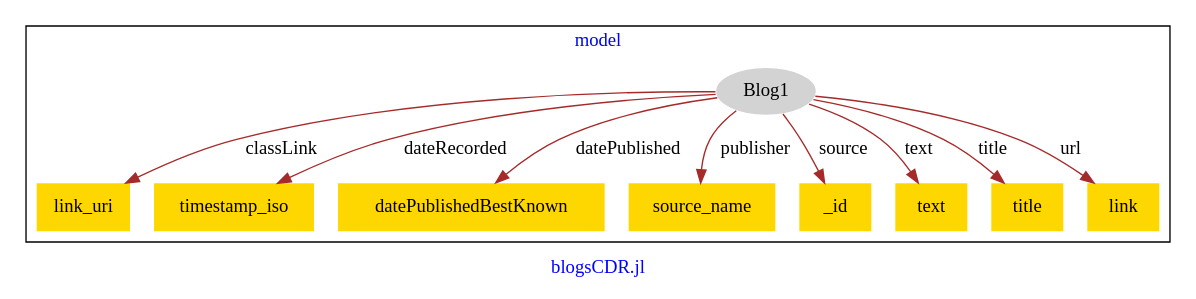
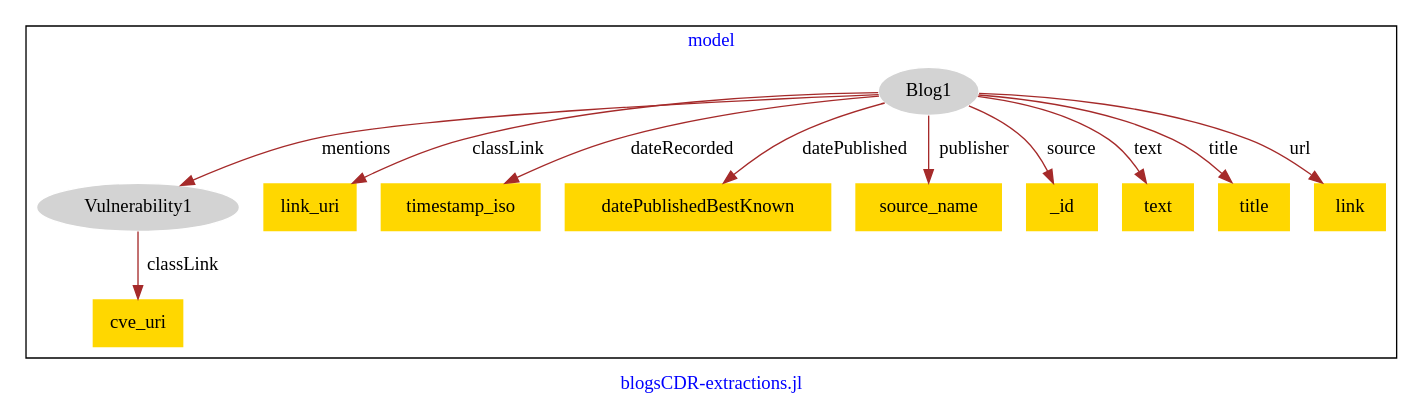
The diagram in models/hg-blogs/blogs-model.dot (usc-isi-i2/effect-alignment), drawn with Graphviz before and after one commit.

Commit message:
Update file blogs-model.dot

```diff
--- a/models/hg-blogs/blogs-model.dot
+++ b/models/hg-blogs/blogs-model.dot
@@ -1,25 +1,29 @@
 digraph n0 {
 fontcolor="blue"
 remincross="true"
-label="blogsCDR.jl"
+label="blogsCDR-extractions.jl"
 subgraph cluster {
 label="model"
-n2[style="filled",color="white",fillcolor="lightgray",label="Blog1"];
-n3[shape="plaintext",style="filled",fillcolor="gold",label="link_uri"];
-n4[shape="plaintext",style="filled",fillcolor="gold",label="timestamp_iso"];
-n5[shape="plaintext",style="filled",fillcolor="gold",label="datePublishedBestKnown"];
-n6[shape="plaintext",style="filled",fillcolor="gold",label="source_name"];
-n7[shape="plaintext",style="filled",fillcolor="gold",label="_id"];
-n8[shape="plaintext",style="filled",fillcolor="gold",label="text"];
-n9[shape="plaintext",style="filled",fillcolor="gold",label="title"];
-n10[shape="plaintext",style="filled",fillcolor="gold",label="link"];
+n2[style="filled",color="white",fillcolor="lightgray",label="Vulnerability1"];
+n3[shape="plaintext",style="filled",fillcolor="gold",label="cve_uri"];
+n4[style="filled",color="white",fillcolor="lightgray",label="Blog1"];
+n5[shape="plaintext",style="filled",fillcolor="gold",label="link_uri"];
+n6[shape="plaintext",style="filled",fillcolor="gold",label="timestamp_iso"];
+n7[shape="plaintext",style="filled",fillcolor="gold",label="datePublishedBestKnown"];
+n8[shape="plaintext",style="filled",fillcolor="gold",label="source_name"];
+n9[shape="plaintext",style="filled",fillcolor="gold",label="_id"];
+n10[shape="plaintext",style="filled",fillcolor="gold",label="text"];
+n11[shape="plaintext",style="filled",fillcolor="gold",label="title"];
+n12[shape="plaintext",style="filled",fillcolor="gold",label="link"];
 }
 n2 -> n3[color="brown",fontcolor="black",label="classLink"]
-n2 -> n4[color="brown",fontcolor="black",label="dateRecorded"]
-n2 -> n5[color="brown",fontcolor="black",label="datePublished"]
-n2 -> n6[color="brown",fontcolor="black",label="publisher"]
-n2 -> n7[color="brown",fontcolor="black",label="source"]
-n2 -> n8[color="brown",fontcolor="black",label="text"]
-n2 -> n9[color="brown",fontcolor="black",label="title"]
-n2 -> n10[color="brown",fontcolor="black",label="url"]
+n4 -> n5[color="brown",fontcolor="black",label="classLink"]
+n4 -> n6[color="brown",fontcolor="black",label="dateRecorded"]
+n4 -> n7[color="brown",fontcolor="black",label="datePublished"]
+n4 -> n8[color="brown",fontcolor="black",label="publisher"]
+n4 -> n9[color="brown",fontcolor="black",label="source"]
+n4 -> n10[color="brown",fontcolor="black",label="text"]
+n4 -> n11[color="brown",fontcolor="black",label="title"]
+n4 -> n12[color="brown",fontcolor="black",label="url"]
+n4 -> n2[color="brown",fontcolor="black",label="mentions"]
 }
```
